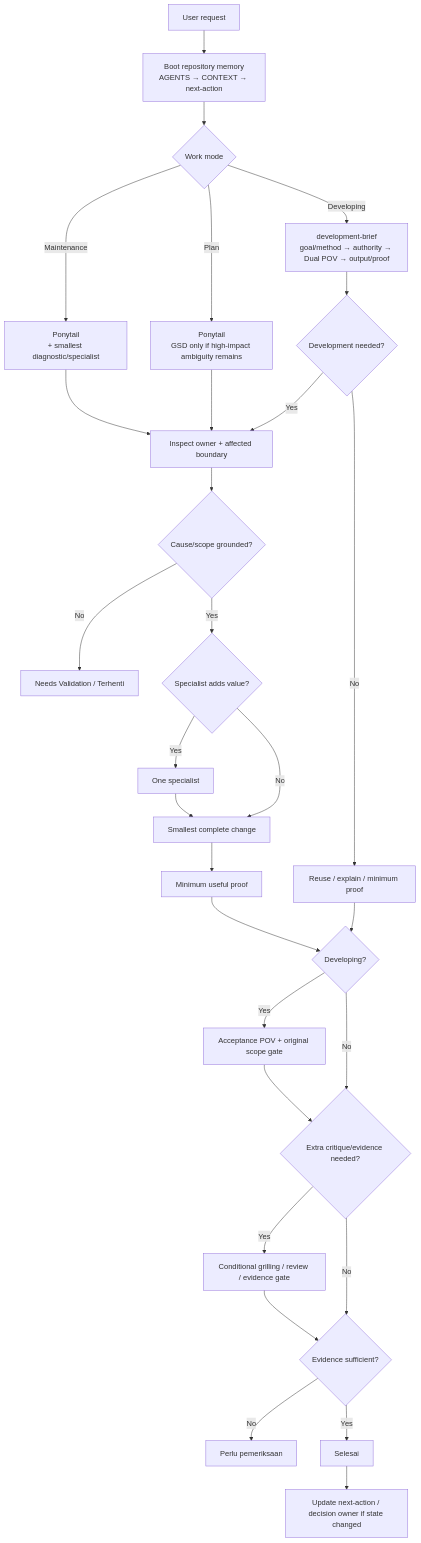
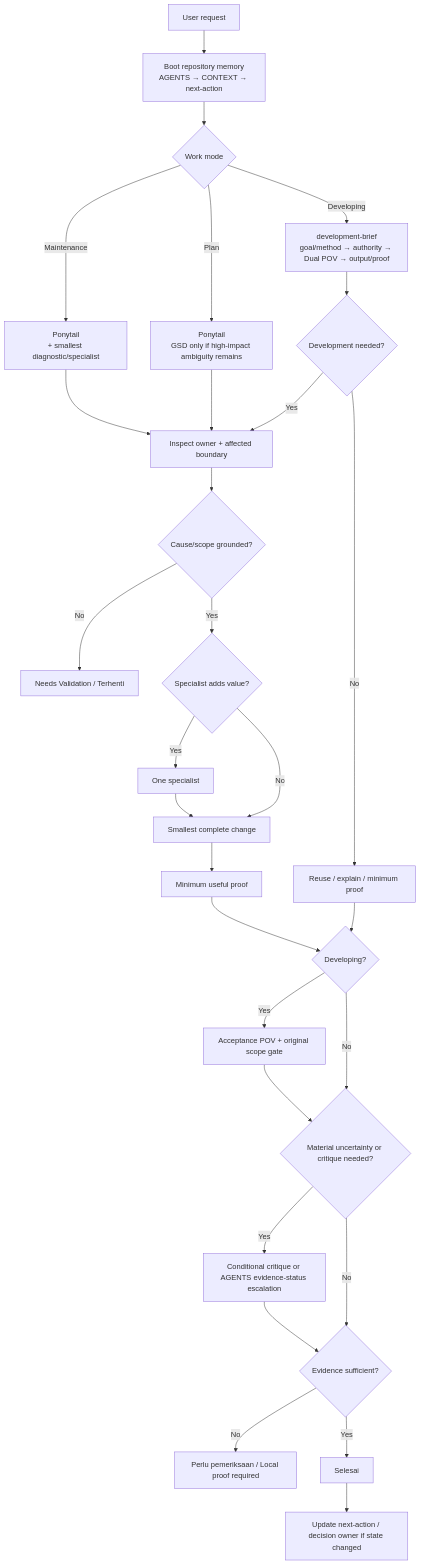
The diagram in docs/knowledge/flow.md (halokaryamedia-source/BuildIT), drawn with Mermaid before and after one commit. The commit also changed other lines of this file, not shown here.

Commit message:
docs: align routing flow with frozen evidence baseline

````diff
--- a/docs/knowledge/flow.md
+++ b/docs/knowledge/flow.md
@@ -8,36 +8,36 @@
 ```mermaid
 flowchart TD
     A[User request] --> B[Boot repository memory<br/>AGENTS → CONTEXT → next-action]
     B --> C{Work mode}
 
     C -->|Plan| P[Ponytail<br/>GSD only if high-impact ambiguity remains]
     C -->|Developing| D[development-brief<br/>goal/method → authority → Dual POV → output/proof]
     C -->|Maintenance| M[Ponytail<br/>+ smallest diagnostic/specialist]
 
     D --> N{Development needed?}
     N -- No --> NC[Reuse / explain / minimum proof]
     N -- Yes --> I[Inspect owner + affected boundary]
     P --> I
     M --> I
 
     I --> K{Cause/scope grounded?}
     K -- No --> X[Needs Validation / Terhenti]
     K -- Yes --> S{Specialist adds value?}
     S -- Yes --> SP[One specialist]
     S -- No --> CH[Smallest complete change]
     SP --> CH
 
     CH --> V[Minimum useful proof]
     NC --> G
     V --> G{Developing?}
     G -- Yes --> AP[Acceptance POV + original scope gate]
-    G -- No --> Q{Extra critique/evidence needed?}
+    G -- No --> Q{Material uncertainty or critique needed?}
     AP --> Q
 
-    Q -- Yes --> E[Conditional grilling / review / evidence gate]
+    Q -- Yes --> E[Conditional critique or AGENTS evidence-status escalation]
     Q -- No --> F{Evidence sufficient?}
     E --> F
-    F -- No --> PR[Perlu pemeriksaan]
+    F -- No --> PR[Perlu pemeriksaan / Local proof required]
     F -- Yes --> OK[Selesai]
     OK --> U[Update next-action / decision owner if state changed]
 ```
````
